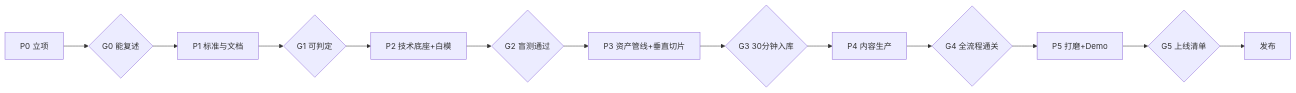
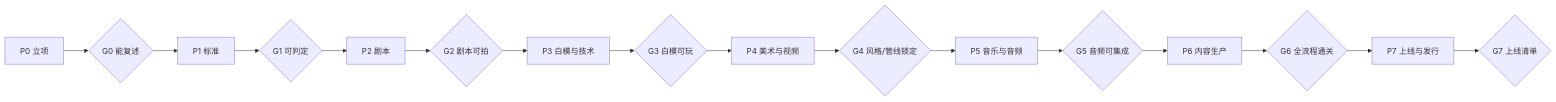
Before and after one commit to ChenWenhui816/Game_Creation_Studio: the diagram in README.md, drawn with Mermaid. The commit also changed other lines of this file and 55 other files, not shown here.

````diff
--- a/README.md
+++ b/README.md
@@ -98,15 +112,18 @@
 ```mermaid
 flowchart LR
   P0[P0 立项] --> G0{G0 能复述}
-  G0 --> P1[P1 标准与文档]
+  G0 --> P1[P1 标准]
   P1 --> G1{G1 可判定}
-  G1 --> P2[P2 技术底座+白模]
-  P2 --> G2{G2 盲测通过}
-  G2 --> P3[P3 资产管线+垂直切片]
-  P3 --> G3{G3 30分钟入库}
-  G3 --> P4[P4 内容生产]
-  P4 --> G4{G4 全流程通关}
-  G4 --> P5[P5 打磨+Demo]
-  P5 --> G5{G5 上线清单}
-  G5 --> Ship[发布]
+  G1 --> P2[P2 剧本]
+  P2 --> G2{G2 剧本可拍}
+  G2 --> P3[P3 白模与技术]
+  P3 --> G3{G3 白模可玩}
+  G3 --> P4[P4 美术与视频]
+  P4 --> G4{G4 风格/管线锁定}
+  G4 --> P5[P5 音乐与音频]
+  P5 --> G5{G5 音频可集成}
+  G5 --> P6[P6 内容生产]
+  P6 --> G6{G6 全流程通关}
+  G6 --> P7[P7 上线与发行]
+  P7 --> G7{G7 上线清单}
 ```
````
